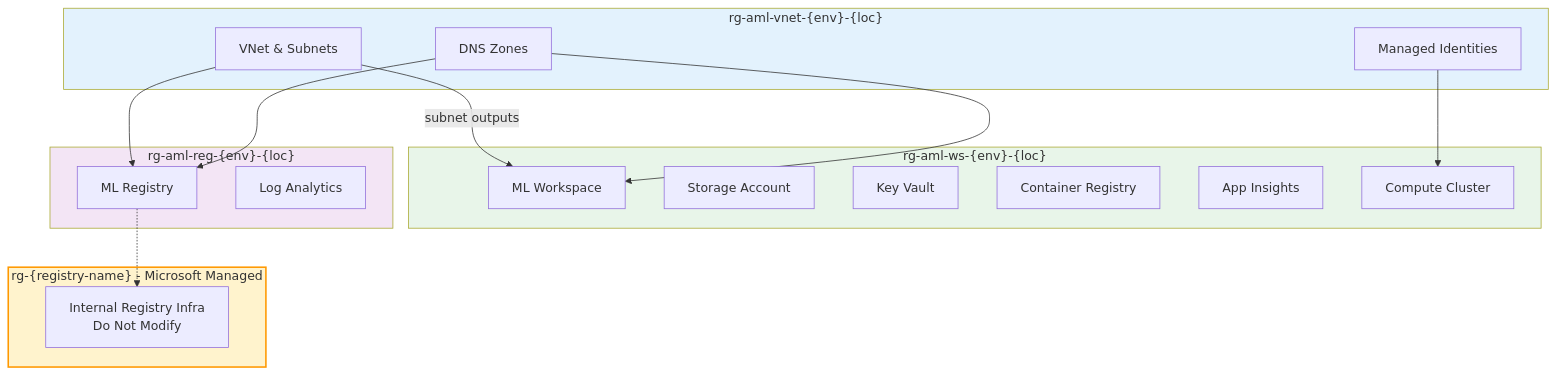
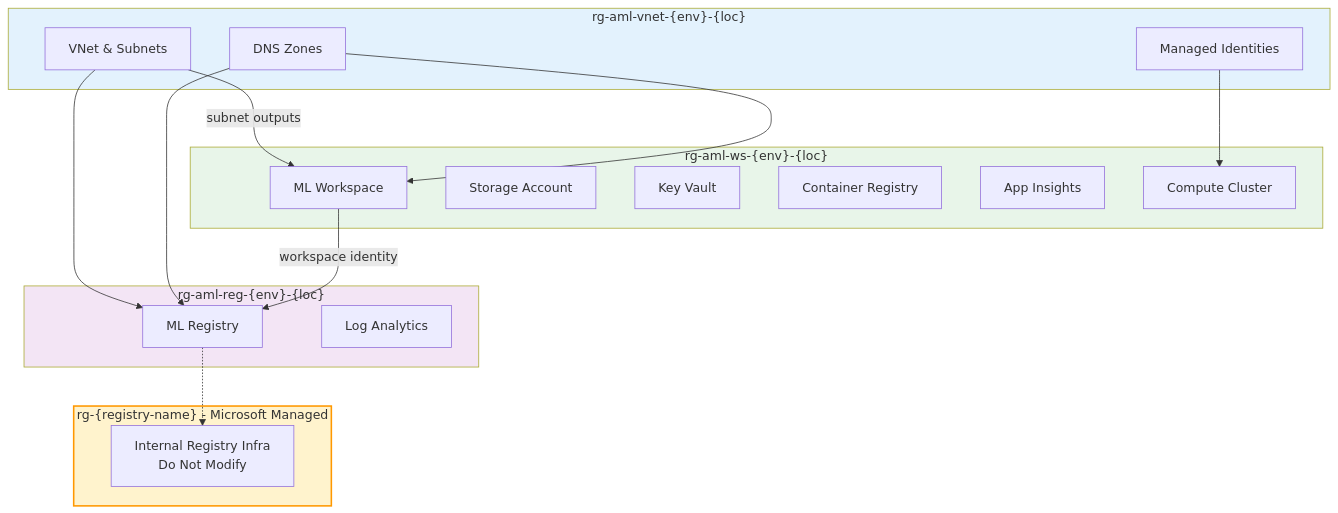
One commit to jomedinagomez/MLOPs-AzureML changed the diagram in infra/README.md. Above: the diagram before and after it, drawn with Mermaid. The commit also changed other lines of this file and 4 other files, not shown here.

````diff
--- a/infra/README.md
+++ b/infra/README.md
@@ -56,35 +56,36 @@
 ```mermaid
 flowchart TD
     subgraph RG1["rg-aml-vnet-{env}-{loc}"]
         VNET[VNet & Subnets]
         DNS[DNS Zones]
         MI[Managed Identities]
     end
     subgraph RG2["rg-aml-ws-{env}-{loc}"]
         WS[ML Workspace]
         SA[Storage Account]
         KV[Key Vault]
         CR[Container Registry]
         AI[App Insights]
         CC[Compute Cluster]
     end
     subgraph RG3["rg-aml-reg-{env}-{loc}"]
         REG[ML Registry]
         LA[Log Analytics]
     end
     subgraph RG4["rg-{registry-name} - Microsoft Managed"]
         MSREG["Internal Registry Infra<br>Do Not Modify"]
     end
 
     VNET -->|subnet outputs| WS
     DNS --> WS
     MI --> CC
     VNET --> REG
     DNS --> REG
+    WS -->|workspace identity| REG
     REG -.-> MSREG
 
     style RG4 fill:#fff3cd,stroke:#ff9800,stroke-width:2px
     style RG1 fill:#e3f2fd
     style RG2 fill:#e8f5e9
     style RG3 fill:#f3e5f5
 ```
````
